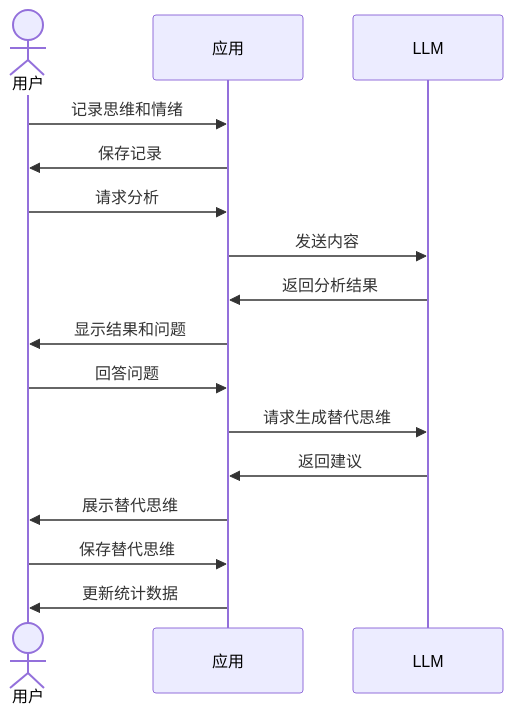
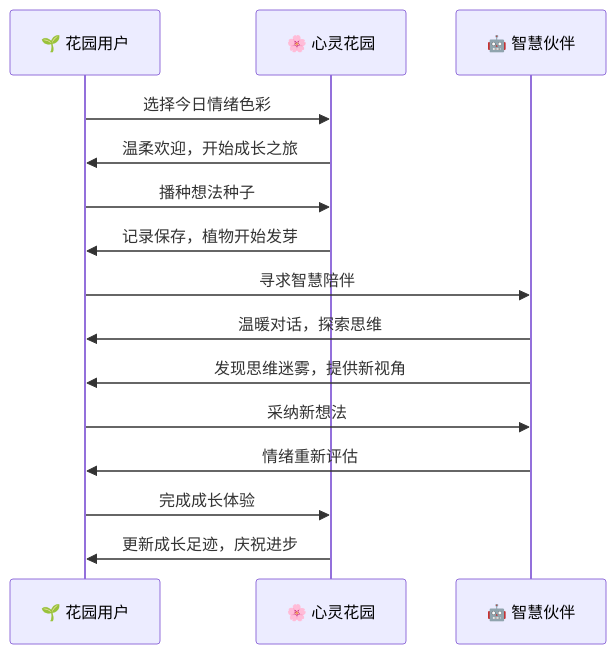
One commit to ChenM0M/CBThelper changed the third of 3 diagrams in README.md. Above: the diagram before and after it, drawn with Mermaid. The commit also changed other lines of this file and 76 other files, not shown here.

````diff
--- a/README.md
+++ b/README.md
@@ -94,19 +99,18 @@
 ```mermaid
 sequenceDiagram
-    actor User as 用户
-    participant App as 应用
-    participant LLM as LLM
+    participant 用户 as 🌱 花园用户
+    participant 花园 as 🌸 心灵花园
+    participant 伙伴 as 🤖 智慧伙伴
     
-    User->>App: 记录思维和情绪
-    App->>User: 保存记录
-    User->>App: 请求分析
-    App->>LLM: 发送内容
-    LLM->>App: 返回分析结果
-    App->>User: 显示结果和问题
-    User->>App: 回答问题
-    App->>LLM: 请求生成替代思维
-    LLM->>App: 返回建议
-    App->>User: 展示替代思维
-    User->>App: 保存替代思维
-    App->>User: 更新统计数据
+    用户->>花园: 选择今日情绪色彩
+    花园->>用户: 温柔欢迎，开始成长之旅
+    用户->>花园: 播种想法种子
+    花园->>用户: 记录保存，植物开始发芽
+    用户->>伙伴: 寻求智慧陪伴
+    伙伴->>用户: 温暖对话，探索思维
+    伙伴->>用户: 发现思维迷雾，提供新视角
+    用户->>伙伴: 采纳新想法
+    伙伴->>用户: 情绪重新评估
+    用户->>花园: 完成成长体验
+    花园->>用户: 更新成长足迹，庆祝进步
 ```
````
